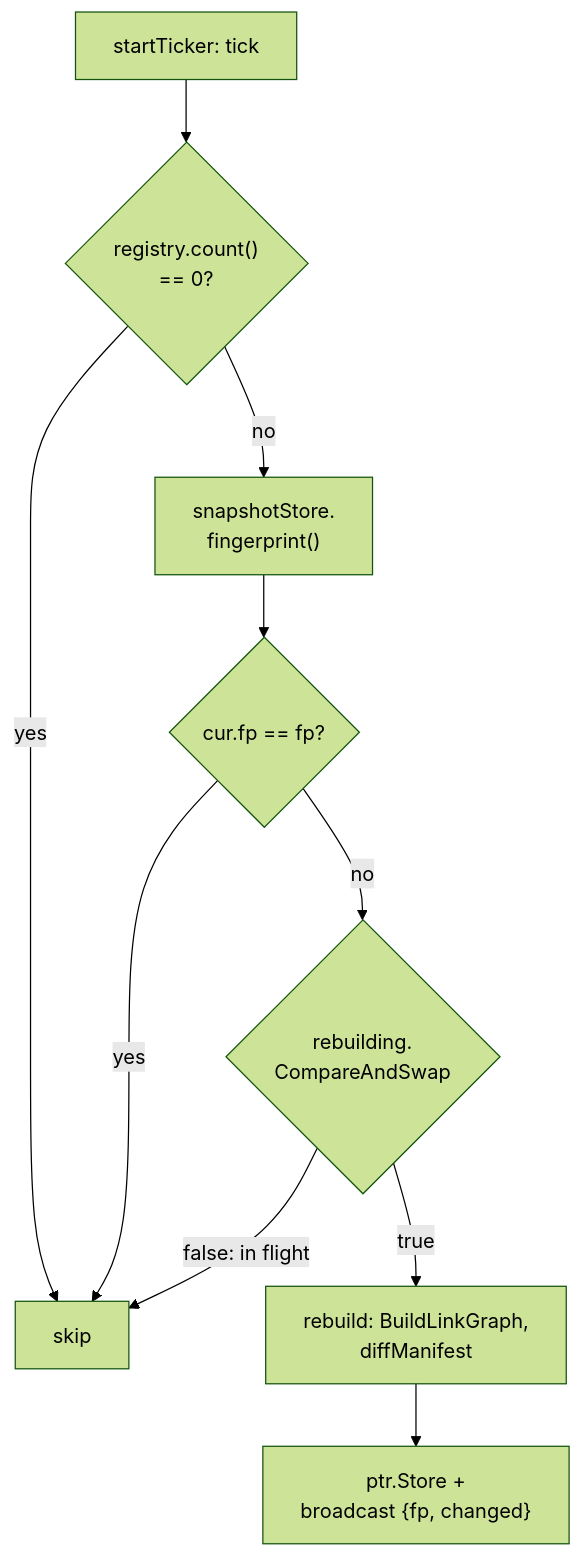
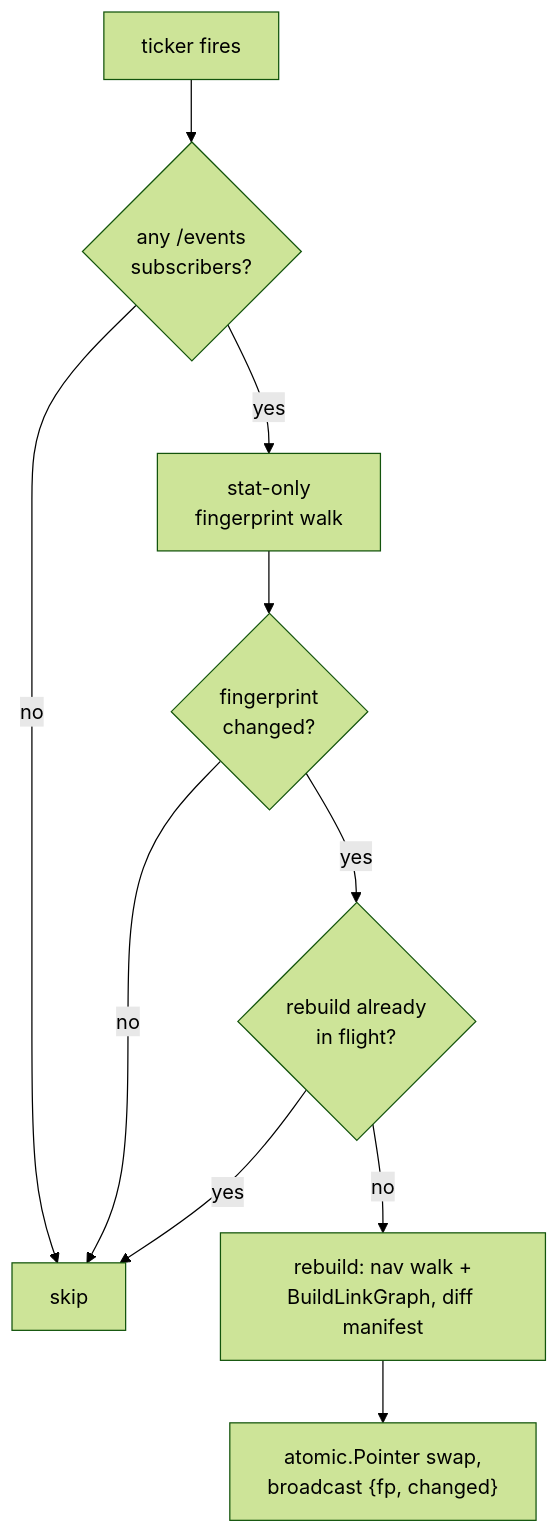
Before and after one commit to damusix/atomic-claude: the third of 3 diagrams in docs/wiki/serve.md, drawn with Mermaid (forest theme). The commit also changed other lines of this file and 795 other files, not shown here.

````diff
--- a/docs/wiki/serve.md
+++ b/docs/wiki/serve.md
@@ -280,13 +174,12 @@
 ```mermaid
 flowchart TD
-    %% source: atomic/internal/serve/events.go, snapshot.go
-    T["startTicker: tick"] --> G1{"registry.count()<br/>== 0?"}
-    G1 -->|yes| SK["skip"]
-    G1 -->|no| F["snapshotStore.<br/>fingerprint()"]
-    F --> G2{"cur.fp == fp?"}
-    G2 -->|yes| SK
-    G2 -->|no| G3{"rebuilding.<br/>CompareAndSwap"}
-    G3 -->|"false: in flight"| SK
-    G3 -->|true| RB["rebuild: BuildLinkGraph,<br/>diffManifest"]
-    RB --> SW["ptr.Store +<br/>broadcast {fp, changed}"]
+    T["ticker fires"] --> G1{"any /events<br/>subscribers?"}
+    G1 -->|no| SK["skip"]
+    G1 -->|yes| F["stat-only<br/>fingerprint walk"]
+    F --> G2{"fingerprint<br/>changed?"}
+    G2 -->|no| SK
+    G2 -->|yes| G3{"rebuild already<br/>in flight?"}
+    G3 -->|yes| SK
+    G3 -->|no| RB["rebuild: nav walk +<br/>BuildLinkGraph, diff manifest"]
+    RB --> SW["atomic.Pointer swap,<br/>broadcast {fp, changed}"]
 ```
````
